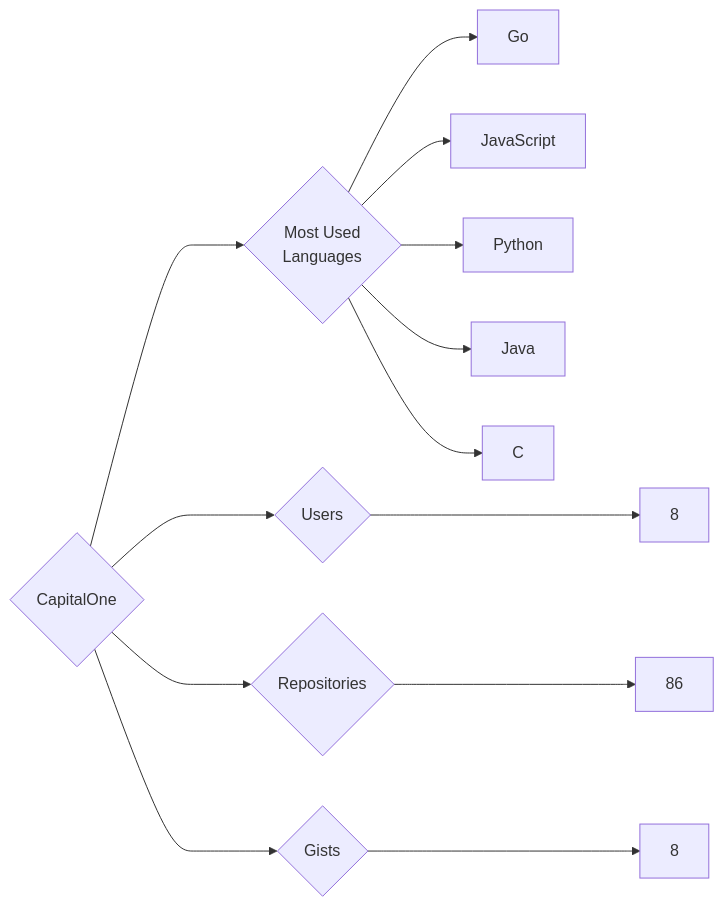
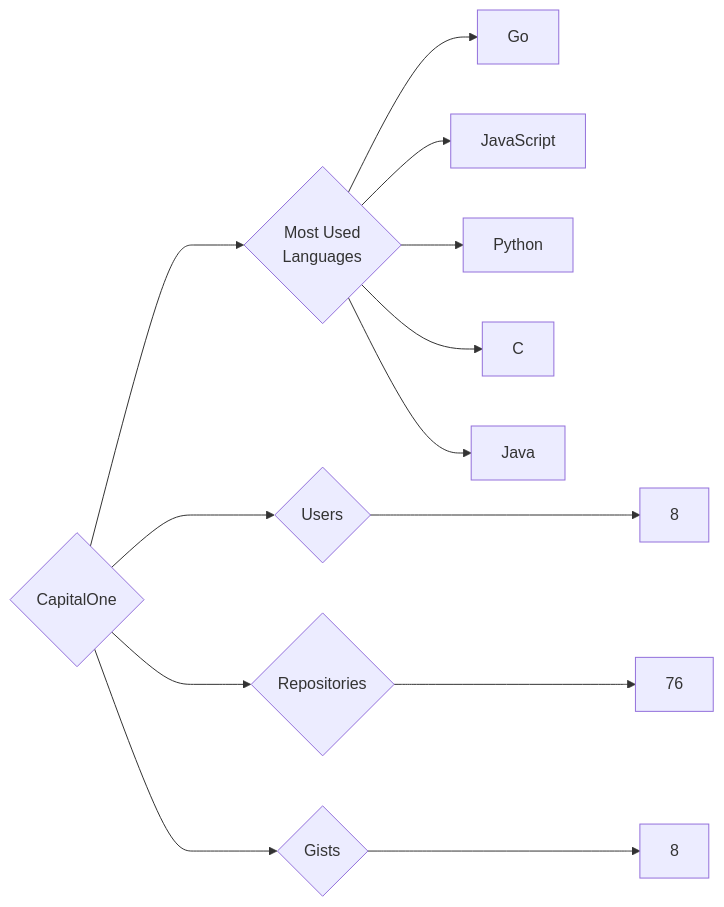
The diagram in targets/CapitalOne/README.md (trickest/insiders), drawn with Mermaid before and after one commit. The commit also changed 629 other files, not shown here.

````diff
--- a/targets/CapitalOne/README.md
+++ b/targets/CapitalOne/README.md
@@ -3,13 +3,13 @@
 ```mermaid
 graph LR
 COMPANY_NAME{CapitalOne}
 COMPANY_NAME ---> U{Users} ---> UN[8]
-COMPANY_NAME ---> R{Repositories} ---> RN[86]
+COMPANY_NAME ---> R{Repositories} ---> RN[76]
 COMPANY_NAME ---> G{Gists} ---> GN[8]
 COMPANY_NAME ---> ML{Most Used<br>Languages}
 ML --> Go[Go]
 ML --> JavaScript[JavaScript]
 ML --> Python[Python]
+ML --> C[C]
 ML --> Java[Java]
-ML --> C[C]
 ```
````
